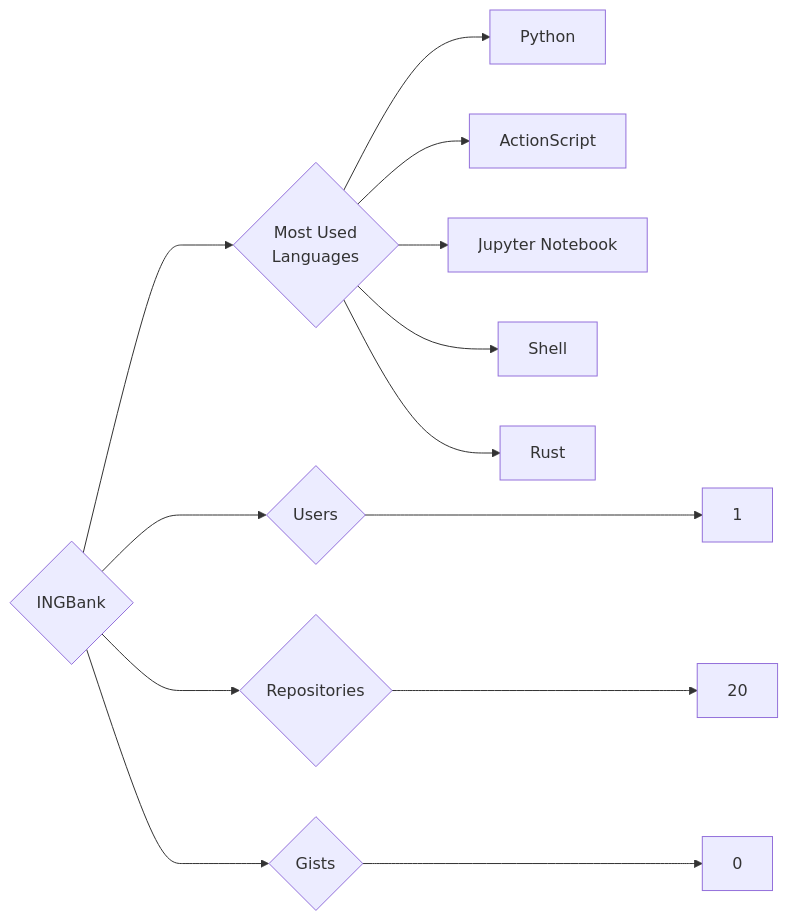
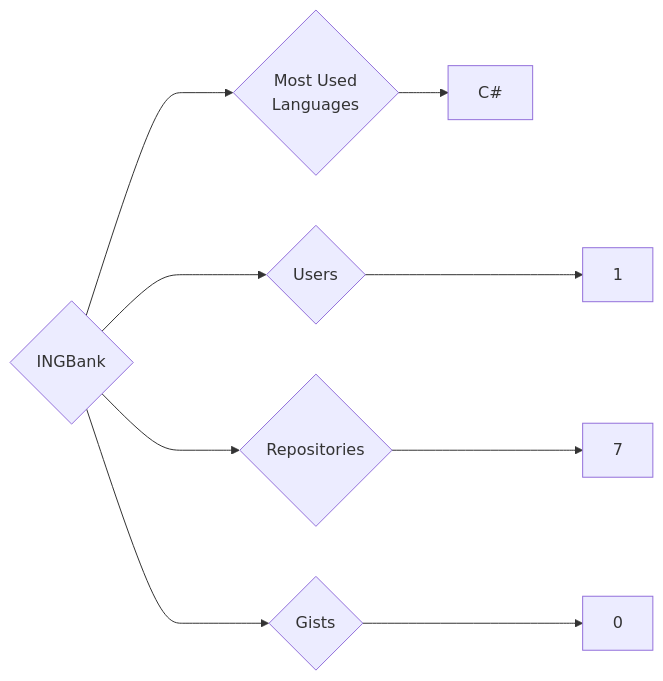
Before and after one commit to trickest/insiders: the diagram in targets/INGBank/README.md, drawn with Mermaid. The commit also changed 934 other files, not shown here.

````diff
--- a/targets/INGBank/README.md
+++ b/targets/INGBank/README.md
@@ -3,13 +3,9 @@
 ```mermaid
 graph LR
 COMPANY_NAME{INGBank}
 COMPANY_NAME ---> U{Users} ---> UN[1]
-COMPANY_NAME ---> R{Repositories} ---> RN[20]
+COMPANY_NAME ---> R{Repositories} ---> RN[7]
 COMPANY_NAME ---> G{Gists} ---> GN[0]
 COMPANY_NAME ---> ML{Most Used<br>Languages}
-ML --> Python[Python]
-ML --> ActionScript[ActionScript]
-ML --> Jupyter_Notebook[Jupyter Notebook]
-ML --> Shell[Shell]
-ML --> Rust[Rust]
+ML --> C#[C#]
 ```
````
